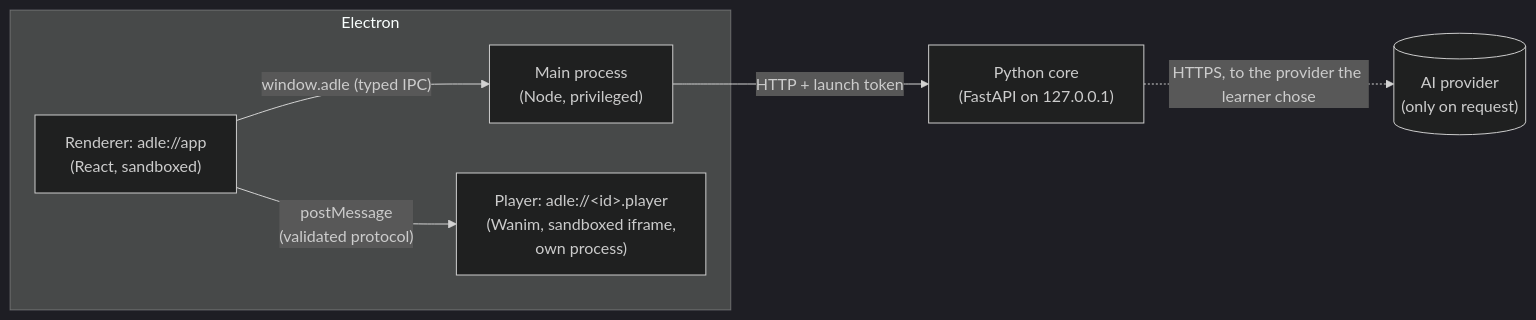
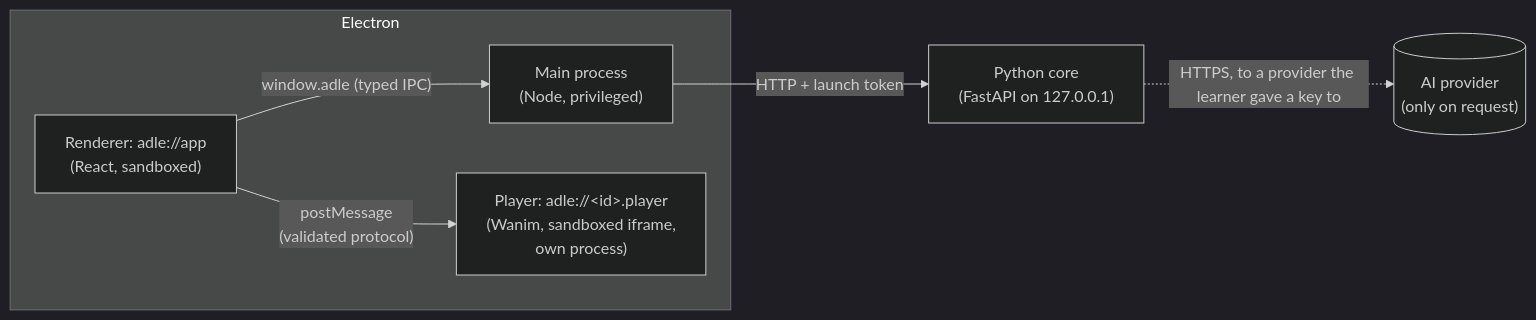
The first of 8 diagrams in docs/architecture/overview.md (XelXen/Adle), drawn with Mermaid (dark theme) before and after one commit. The commit also changed other lines of this file and 109 other files, not shown here.

````diff
--- a/docs/architecture/overview.md
+++ b/docs/architecture/overview.md
@@ -9,15 +9,15 @@
 ```mermaid
 flowchart LR
   subgraph Electron
     Main["Main process<br/>(Node, privileged)"]
     Renderer["Renderer: adle://app<br/>(React, sandboxed)"]
     Player["Player: adle://&lt;id&gt;.player<br/>(Wanim, sandboxed iframe,<br/>own process)"]
   end
   Core["Python core<br/>(FastAPI on 127.0.0.1)"]
   Provider[("AI provider<br/>(only on request)")]
 
   Renderer -- "window.adle (typed IPC)" --> Main
   Main -- "HTTP + launch token" --> Core
   Renderer -- "postMessage<br/>(validated protocol)" --> Player
-  Core -. "HTTPS, to the provider the learner chose" .-> Provider
+  Core -. "HTTPS, to a provider the learner gave a key to" .-> Provider
 ```
````
